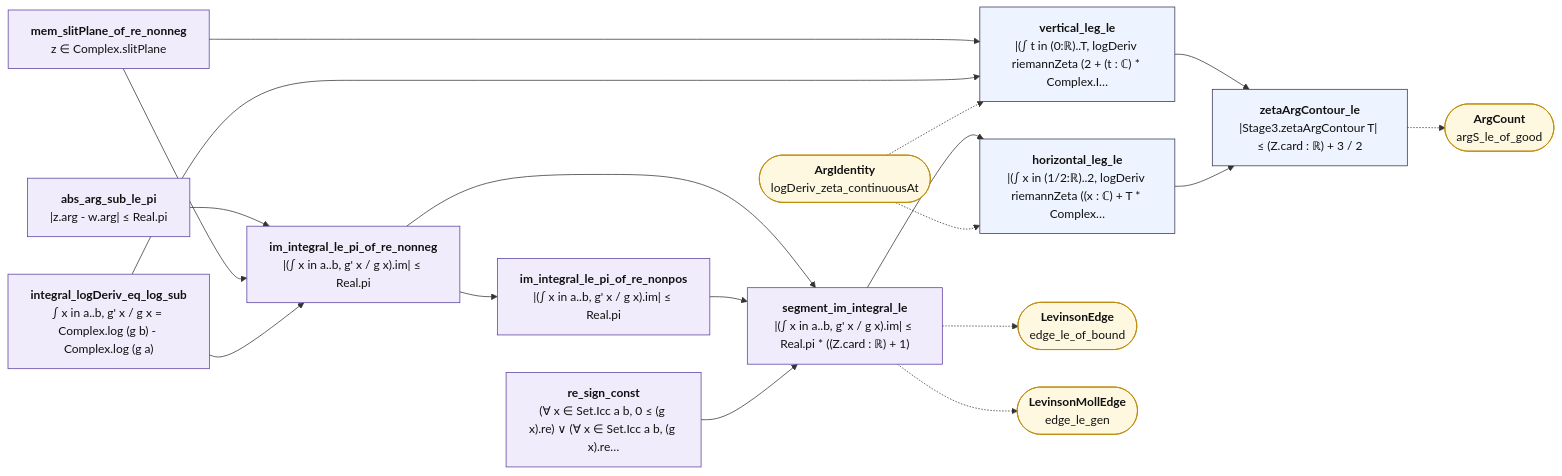
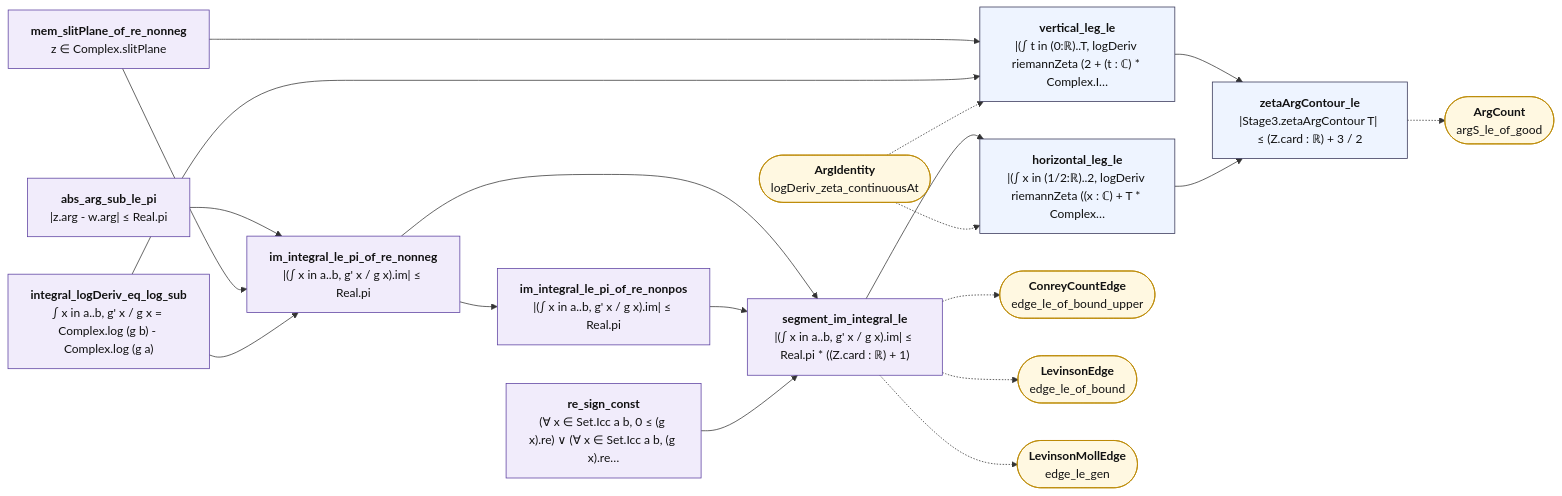
One commit to juliansambranojr/Primebeat_081426 changed the diagram in map/lean_stage3/ArgLegs.md. Above: the diagram before and after it, drawn with Mermaid. The commit also changed other lines of this file and 48 other files, not shown here.

````diff
--- a/map/lean_stage3/ArgLegs.md
+++ b/map/lean_stage3/ArgLegs.md
@@ -12,42 +12,44 @@
 ```mermaid
 flowchart LR
   n0["<b>abs_arg_sub_le_pi</b><br/>|z.arg - w.arg| ≤ Real.pi"]:::shp
   n1["<b>mem_slitPlane_of_re_nonneg</b><br/>z ∈ Complex.slitPlane"]:::shp
   n2["<b>integral_logDeriv_eq_log_sub</b><br/>∫ x in a..b, g' x / g x = Complex.log (g b) - Complex.log (g a)"]:::shp
   n3["<b>im_integral_le_pi_of_re_nonneg</b><br/>|(∫ x in a..b, g' x / g x).im| ≤ Real.pi"]:::shp
   n4["<b>im_integral_le_pi_of_re_nonpos</b><br/>|(∫ x in a..b, g' x / g x).im| ≤ Real.pi"]:::shp
   n5["<b>re_sign_const</b><br/>(∀ x ∈ Set.Icc a b, 0 ≤ (g x).re) ∨ (∀ x ∈ Set.Icc a b, (g x).re…"]:::shp
   n6["<b>segment_im_integral_le</b><br/>|(∫ x in a..b, g' x / g x).im| ≤ Real.pi * ((Z.card : ℝ) + 1)"]:::shp
   n7["<b>vertical_leg_le</b><br/>|(∫ t in (0:ℝ)..T, logDeriv riemannZeta (2 + (t : ℂ) * Complex.I…"]:::thm
   n8["<b>horizontal_leg_le</b><br/>|(∫ x in (1/2:ℝ)..2, logDeriv riemannZeta ((x : ℂ) + T * Complex…"]:::thm
   n9["<b>zetaArgContour_le</b><br/>|Stage3.zetaArgContour T| ≤ (Z.card : ℝ) + 3 / 2"]:::thm
-  x0(["<b>LevinsonEdge</b><br/>edge_le_of_bound"]):::ext
-  x1(["<b>LevinsonMollEdge</b><br/>edge_le_gen"]):::ext
-  x2(["<b>ArgIdentity</b><br/>logDeriv_zeta_continuousAt"]):::ext
-  x3(["<b>ArgCount</b><br/>argS_le_of_good"]):::ext
+  x0(["<b>ConreyCountEdge</b><br/>edge_le_of_bound_upper"]):::ext
+  x1(["<b>LevinsonEdge</b><br/>edge_le_of_bound"]):::ext
+  x2(["<b>LevinsonMollEdge</b><br/>edge_le_gen"]):::ext
+  x3(["<b>ArgIdentity</b><br/>logDeriv_zeta_continuousAt"]):::ext
+  x4(["<b>ArgCount</b><br/>argS_le_of_good"]):::ext
   n0 --> n3
   n1 --> n3
   n1 --> n7
   n2 --> n3
   n2 --> n7
   n3 --> n4
   n3 --> n6
   n4 --> n6
   n5 --> n6
   n6 --> n8
   n7 --> n9
   n8 --> n9
   n6 -.-> x0
   n6 -.-> x1
-  n9 -.-> x3
-  x2 -.-> n7
-  x2 -.-> n8
+  n6 -.-> x2
+  n9 -.-> x4
+  x3 -.-> n7
+  x3 -.-> n8
   classDef cnt fill:#dff5ec,stroke:#17694a,color:#111
   classDef shp fill:#f1ecfb,stroke:#5b3fa0,color:#111
   classDef rh fill:#ffe5e5,stroke:#c22,color:#111,stroke-width:2px
   classDef thm fill:#eef4ff,stroke:#335,color:#111
   classDef end_ fill:#e7f7e7,stroke:#2a7,color:#111,stroke-width:2px
   classDef lone fill:#fff,stroke:#999,color:#111,stroke-dasharray:4 3
   classDef bad fill:#ffe5e5,stroke:#c22,color:#111,stroke-width:2px
   classDef ext fill:#fff8e1,stroke:#b80,color:#111
 ```
````
